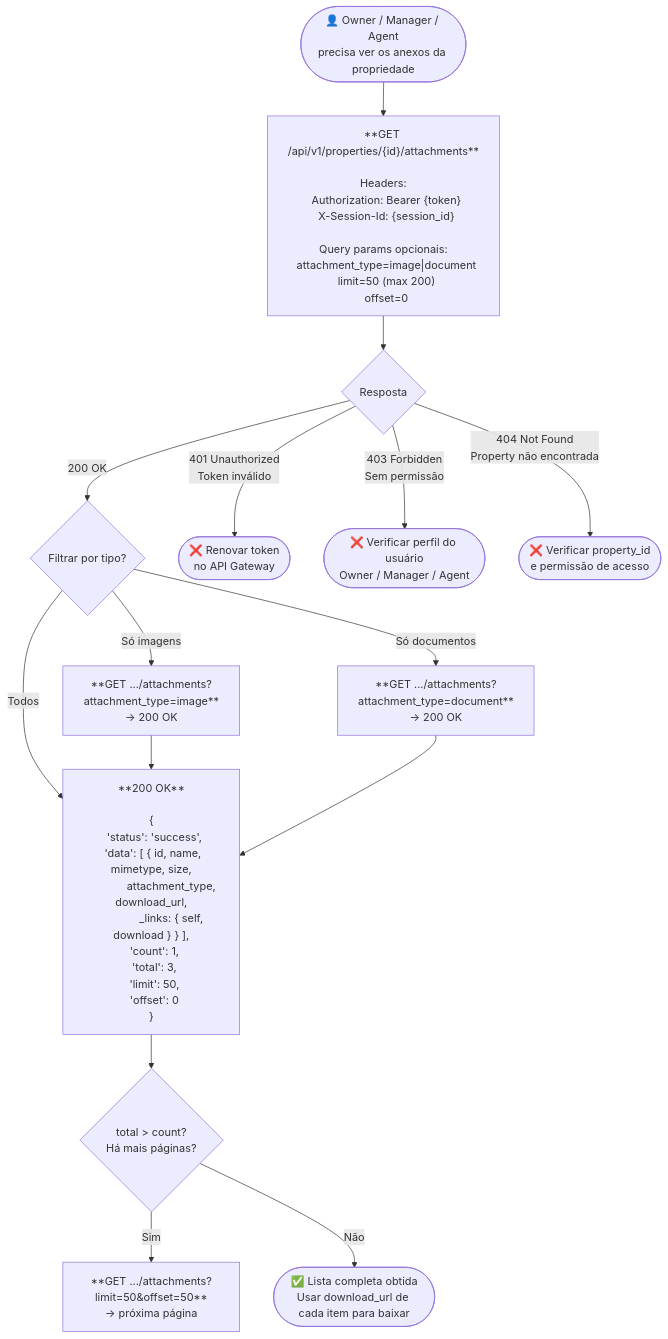
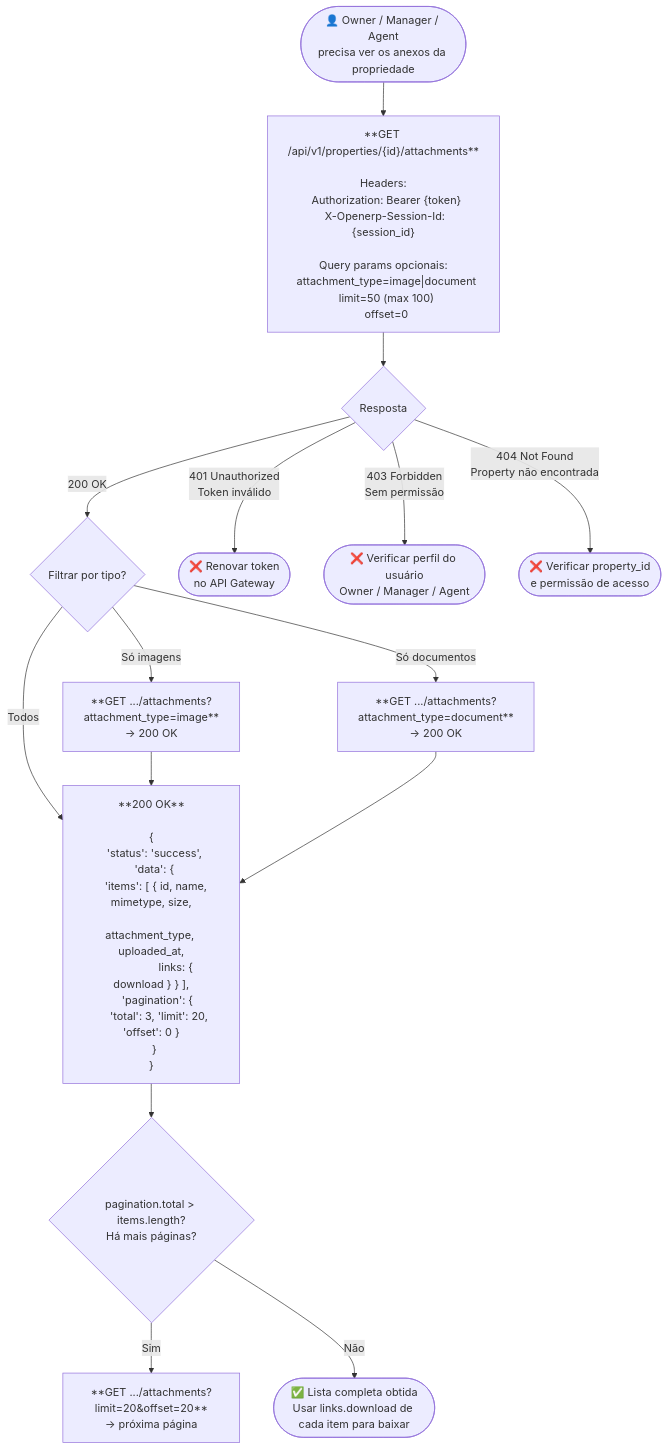
The third of 6 diagrams in specs/017-property-attachments-upload-api/flowcharts.md (luanalves/realestate_backend), drawn with Mermaid before and after one commit. The commit also changed other lines of this file and 1 other file, not shown here.

First line of the commit message:
docs(017): fix flowcharts + update Postman to v1.29

````diff
--- a/specs/017-property-attachments-upload-api/flowcharts.md
+++ b/specs/017-property-attachments-upload-api/flowcharts.md
@@ -76,25 +76,25 @@
 ```mermaid
 flowchart TD
     Start([👤 Owner / Manager / Agent\nprecisa ver os anexos da propriedade]) --> L1
 
-    L1["**GET /api/v1/properties/{id}/attachments**\n\nHeaders:\n  Authorization: Bearer {token}\n  X-Session-Id: {session_id}\n\nQuery params opcionais:\n  attachment_type=image|document\n  limit=50 (max 200)\n  offset=0"] --> L1R{Resposta}
+    L1["**GET /api/v1/properties/{id}/attachments**\n\nHeaders:\n  Authorization: Bearer {token}\n  X-Openerp-Session-Id: {session_id}\n\nQuery params opcionais:\n  attachment_type=image|document\n  limit=50 (max 100)\n  offset=0"] --> L1R{Resposta}
 
     L1R -->|200 OK| L2
     L1R -->|401 Unauthorized\nToken inválido| ERR2([❌ Renovar token\nno API Gateway])
     L1R -->|403 Forbidden\nSem permissão| ERR3([❌ Verificar perfil do usuário\nOwner / Manager / Agent])
     L1R -->|404 Not Found\nProperty não encontrada| ERR1([❌ Verificar property_id\ne permissão de acesso])
 
     L2{Filtrar por tipo?}
     L2 -->|Só imagens| L3a["**GET .../attachments?attachment_type=image**\n→ 200 OK"]
     L2 -->|Só documentos| L3b["**GET .../attachments?attachment_type=document**\n→ 200 OK"]
     L2 -->|Todos| L4
 
     L3a --> L4
     L3b --> L4
 
-    L4["**200 OK**\n\n{\n  'status': 'success',\n  'data': [ { id, name, mimetype, size,\n              attachment_type, download_url,\n              _links: { self, download } } ],\n  'count': 1,\n  'total': 3,\n  'limit': 50,\n  'offset': 0\n}"] --> L5
+    L4["**200 OK**\n\n{\n  'status': 'success',\n  'data': {\n    'items': [ { id, name, mimetype, size,\n                 attachment_type, uploaded_at,\n                 links: { download } } ],\n    'pagination': {\n      'total': 3, 'limit': 20, 'offset': 0 }\n  }\n}"] --> L5
 
-    L5{total > count?\nHá mais páginas?}
-    L5 -->|Sim| L6["**GET .../attachments?limit=50&offset=50**\n→ próxima página"]
-    L5 -->|Não| Done([✅ Lista completa obtida\nUsar download_url de cada item para baixar])
+    L5{pagination.total > items.length?\nHá mais páginas?}
+    L5 -->|Sim| L6["**GET .../attachments?limit=20&offset=20**\n→ próxima página"]
+    L5 -->|Não| Done([✅ Lista completa obtida\nUsar links.download de cada item para baixar])
 ```
````
